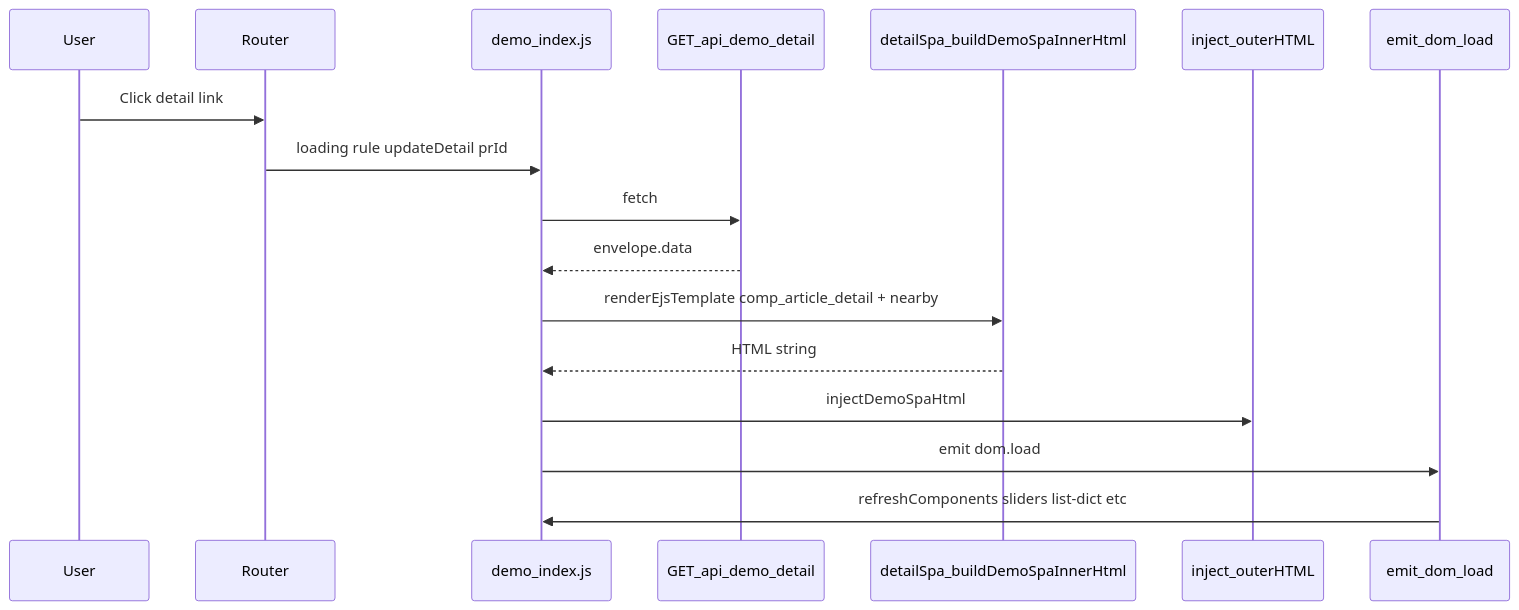
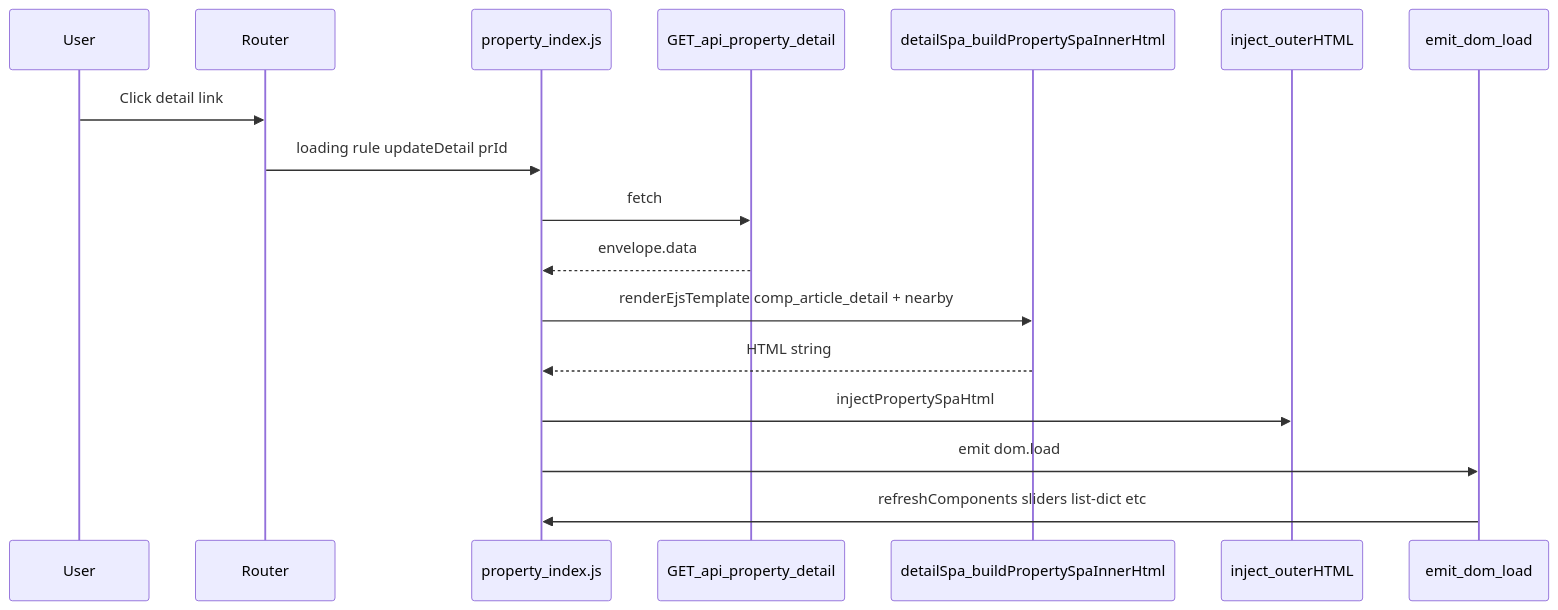
One commit to shishiv30/vue-cui changed the sixth of 8 diagrams in docs/client-js-lifecycle.md. Above: the diagram before and after it, drawn with Mermaid. The commit also changed other lines of this file and 341 other files, not shown here.

````diff
--- a/docs/client-js-lifecycle.md
+++ b/docs/client-js-lifecycle.md
@@ -195,20 +195,20 @@
 ```mermaid
 sequenceDiagram
 	participant User
 	participant Router
-	participant Index as demo_index.js
-	participant API as GET_api_demo_detail
-	participant EJS as detailSpa_buildDemoSpaInnerHtml
+	participant Index as property_index.js
+	participant API as GET_api_property_detail
+	participant EJS as detailSpa_buildPropertySpaInnerHtml
 	participant DOM as inject_outerHTML
 	participant Ev as emit_dom_load
 
 	User->>Router: Click detail link
 	Router->>Index: loading rule updateDetail prId
 	Index->>API: fetch
 	API-->>Index: envelope.data
 	Index->>EJS: renderEjsTemplate comp_article_detail + nearby
 	EJS-->>Index: HTML string
-	Index->>DOM: injectDemoSpaHtml
+	Index->>DOM: injectPropertySpaHtml
 	Index->>Ev: emit dom.load
 	Ev->>Index: refreshComponents sliders list-dict etc
 ```
````
